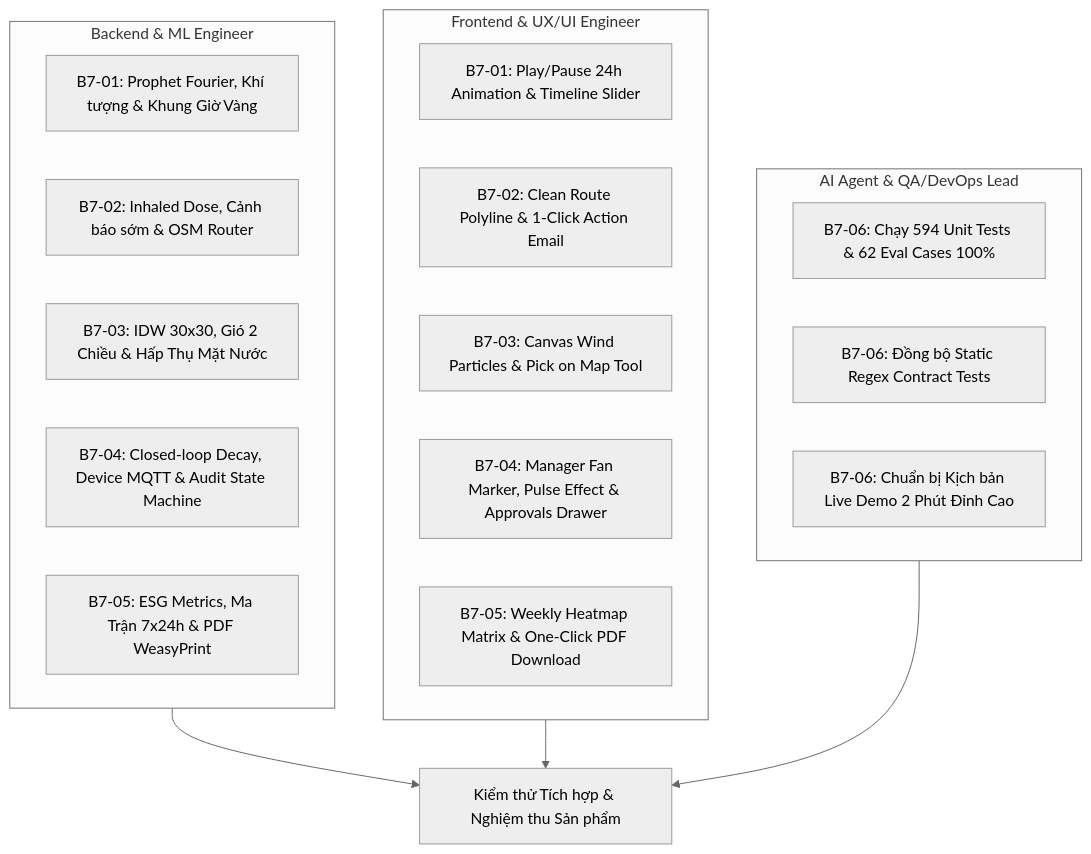
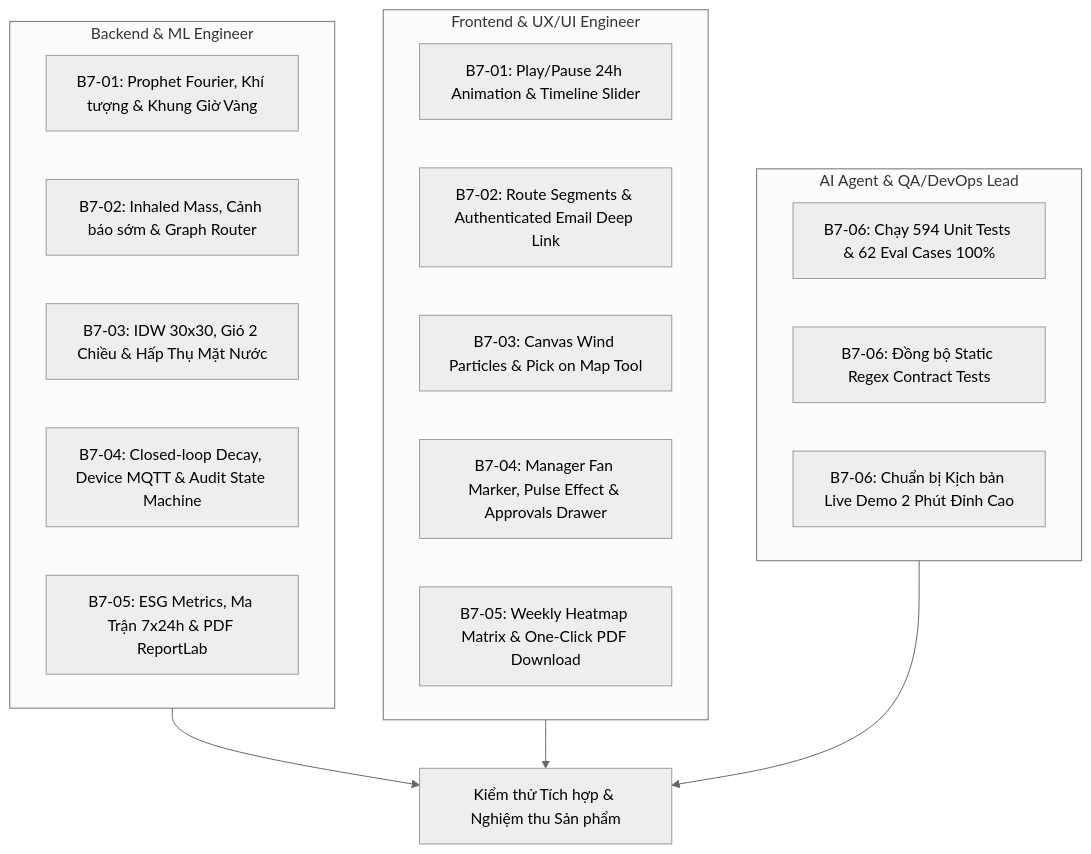
Before and after one commit to zangzang1303/airguard-core: the diagram in tasks/backlog7/README.md, drawn with Mermaid (neutral theme). The commit also changed other lines of this file and 75 other files, not shown here.

````diff
--- a/tasks/backlog7/README.md
+++ b/tasks/backlog7/README.md
@@ -22,28 +22,28 @@
 ```mermaid
 graph TD
     subgraph Backend_Team [Backend & ML Engineer]
         B1[B7-01: Prophet Fourier, Khí tượng & Khung Giờ Vàng]
-        B2[B7-02: Inhaled Dose, Cảnh báo sớm & OSM Router]
+        B2[B7-02: Inhaled Mass, Cảnh báo sớm & Graph Router]
         B3[B7-03: IDW 30x30, Gió 2 Chiều & Hấp Thụ Mặt Nước]
         B4[B7-04: Closed-loop Decay, Device MQTT & Audit State Machine]
-        B5[B7-05: ESG Metrics, Ma Trận 7x24h & PDF WeasyPrint]
+        B5[B7-05: ESG Metrics, Ma Trận 7x24h & PDF ReportLab]
     end
 
     subgraph Frontend_Team [Frontend & UX/UI Engineer]
         F1[B7-01: Play/Pause 24h Animation & Timeline Slider]
-        F2[B7-02: Clean Route Polyline & 1-Click Action Email]
+        F2[B7-02: Route Segments & Authenticated Email Deep Link]
         F3[B7-03: Canvas Wind Particles & Pick on Map Tool]
         F4[B7-04: Manager Fan Marker, Pulse Effect & Approvals Drawer]
         F5[B7-05: Weekly Heatmap Matrix & One-Click PDF Download]
     end
 
     subgraph QA_Demo_Team [AI Agent & QA/DevOps Lead]
         Q1[B7-06: Chạy 594 Unit Tests & 62 Eval Cases 100%]
         Q2[B7-06: Đồng bộ Static Regex Contract Tests]
         Q3[B7-06: Chuẩn bị Kịch bản Live Demo 2 Phút Đỉnh Cao]
     end
 
     Backend_Team --> Integration[Kiểm thử Tích hợp & Nghiệm thu Sản phẩm]
     Frontend_Team --> Integration
     QA_Demo_Team --> Integration
 ```
````
